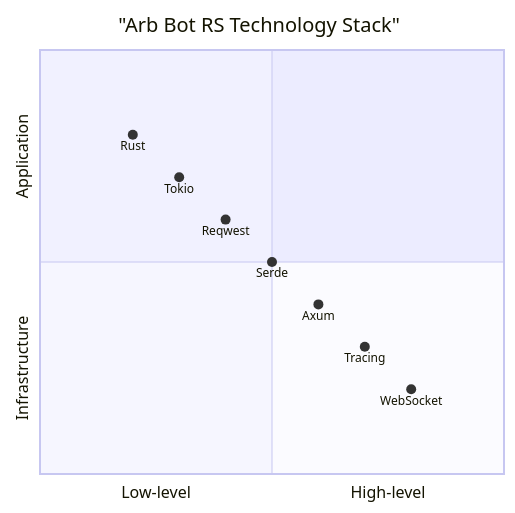
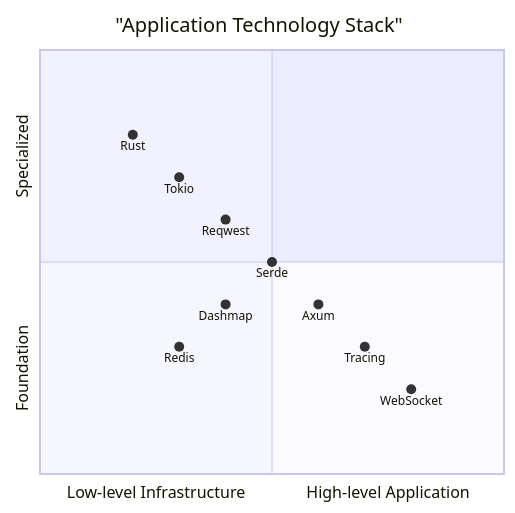
Before and after one commit to mkbeh/arb-bot-rs: the sixth of 6 diagrams in README.md, drawn with Mermaid.

````diff
--- a/README.md
+++ b/README.md
@@ -238,13 +238,16 @@
 ```mermaid
 quadrantChart
-    title "Arb Bot RS Technology Stack"
-    x-axis "Low-level" --> "High-level"
-    y-axis "Infrastructure" --> "Application"
-    "Rust": [0.2, 0.8]
-    "Tokio": [0.3, 0.7]
-    "Reqwest": [0.4, 0.6]
-    "Serde": [0.5, 0.5]
-    "Axum": [0.6, 0.4]
-    "Tracing": [0.7, 0.3]
-    "WebSocket": [0.8, 0.2]
+  title "Application Technology Stack"
+  x-axis "Low-level Infrastructure" --> "High-level Application"
+  y-axis "Foundation" --> "Specialized"
+
+  "Rust": [0.2, 0.8]
+  "Tokio": [0.3, 0.7]
+  "Reqwest": [0.4, 0.6]
+  "Serde": [0.5, 0.5]
+  "Axum": [0.6, 0.4]
+  "Tracing": [0.7, 0.3]
+  "WebSocket": [0.8, 0.2]
+  "Dashmap": [0.4, 0.4]
+  "Redis": [0.3, 0.3]
 ```
````
